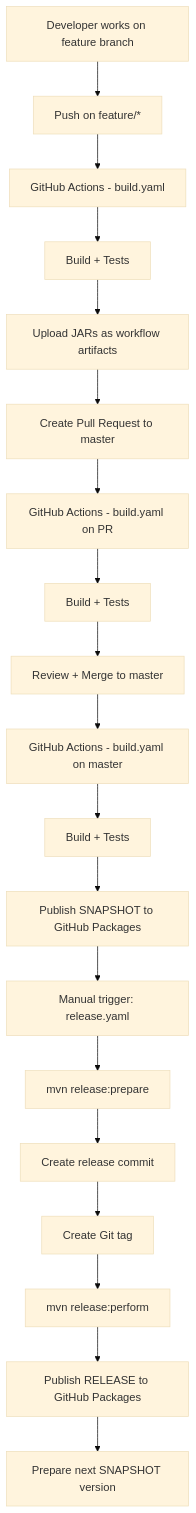
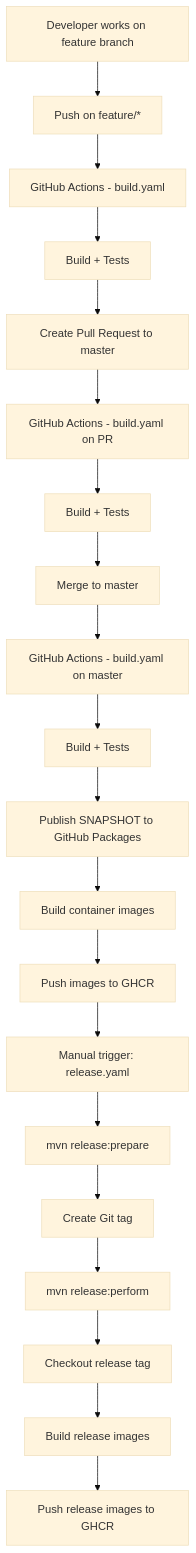
The first of 4 diagrams in docs/github_ci.md (kaninda/spring-boot-aggregator-loom), drawn with Mermaid (base theme) before and after one commit. The commit also changed other lines of this file, not shown here.

Commit message:
feat: Update docs for oci images (#20)

````diff
--- a/docs/github_ci.md
+++ b/docs/github_ci.md
@@ -18,24 +44,26 @@
 ```mermaid
 flowchart TD
     A[Developer works on feature branch] --> B[Push on feature/*]
     B --> C[GitHub Actions - build.yaml]
     C --> D[Build + Tests]
-    D --> E[Upload JARs as workflow artifacts]
 
-    E --> F[Create Pull Request to master]
-    F --> G[GitHub Actions - build.yaml on PR]
-    G --> H[Build + Tests]
-    H --> I[Review + Merge to master]
+    D --> E[Create Pull Request to master]
+    E --> F[GitHub Actions - build.yaml on PR]
+    F --> G[Build + Tests]
 
-    I --> J[GitHub Actions - build.yaml on master]
-    J --> K[Build + Tests]
-    K --> L[Publish SNAPSHOT to GitHub Packages]
+    G --> H[Merge to master]
 
-    L --> M[Manual trigger: release.yaml]
-    M --> N[mvn release:prepare]
-    N --> O[Create release commit]
+    H --> I[GitHub Actions - build.yaml on master]
+    I --> J[Build + Tests]
+    J --> K[Publish SNAPSHOT to GitHub Packages]
+    K --> L[Build container images]
+    L --> M[Push images to GHCR]
+
+    M --> N[Manual trigger: release.yaml]
+    N --> O[mvn release:prepare]
     O --> P[Create Git tag]
     P --> Q[mvn release:perform]
-    Q --> R[Publish RELEASE to GitHub Packages]
-    R --> S[Prepare next SNAPSHOT version]
+    Q --> R[Checkout release tag]
+    R --> S[Build release images]
+    S --> T[Push release images to GHCR]
 ```
````
